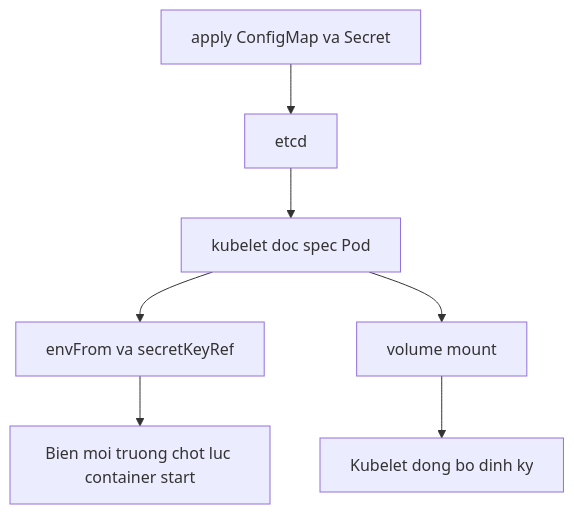
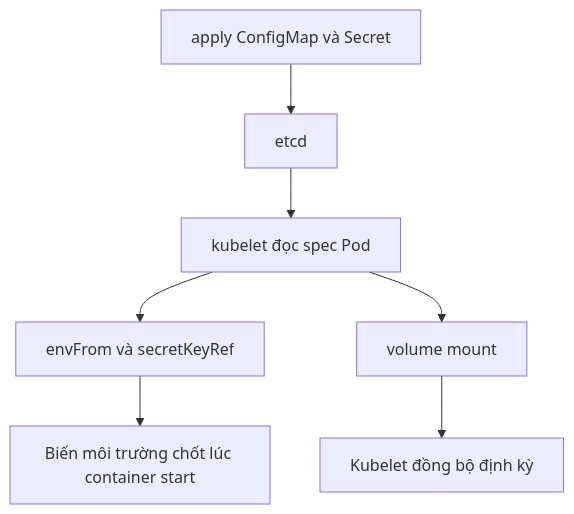
The second of 2 diagrams in slides/06-kubectl/session-25.md (TienNHM/devops-course), drawn with Mermaid before and after one commit. The commit also changed other lines of this file and 266 other files, not shown here.

````diff
--- a/slides/06-kubectl/session-25.md
+++ b/slides/06-kubectl/session-25.md
@@ -131,9 +94,9 @@
 ```mermaid
 flowchart TD
-  A["apply ConfigMap va Secret"] --> B["etcd"]
-  B --> C["kubelet doc spec Pod"]
-  C --> D["envFrom va secretKeyRef"]
+  A["apply ConfigMap và Secret"] --> B["etcd"]
+  B --> C["kubelet đọc spec Pod"]
+  C --> D["envFrom và secretKeyRef"]
   C --> E["volume mount"]
-  D --> F["Bien moi truong chot luc container start"]
-  E --> G["Kubelet dong bo dinh ky"]
+  D --> F["Biến môi trường chốt lúc container start"]
+  E --> G["Kubelet đồng bộ định kỳ"]
 ```
````
